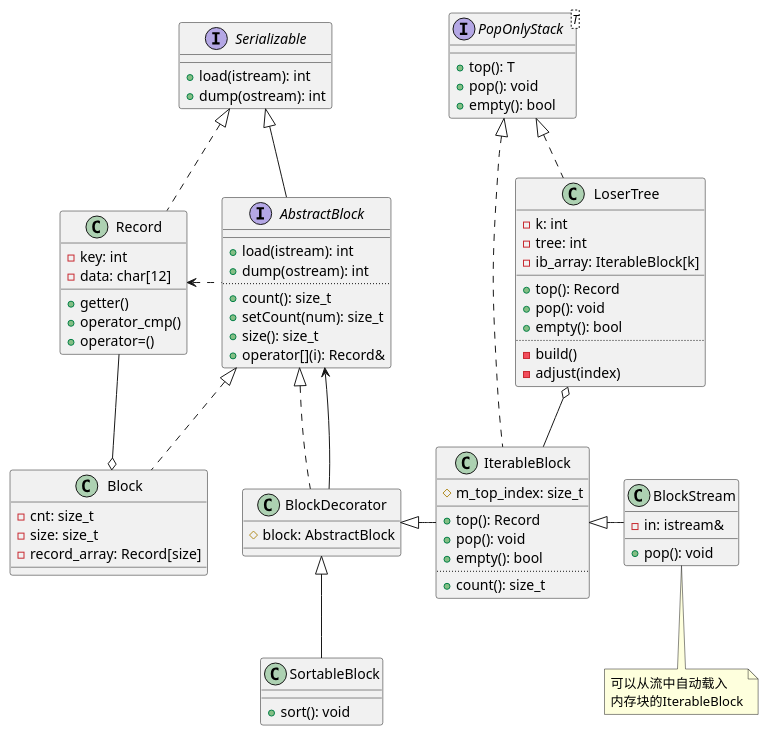
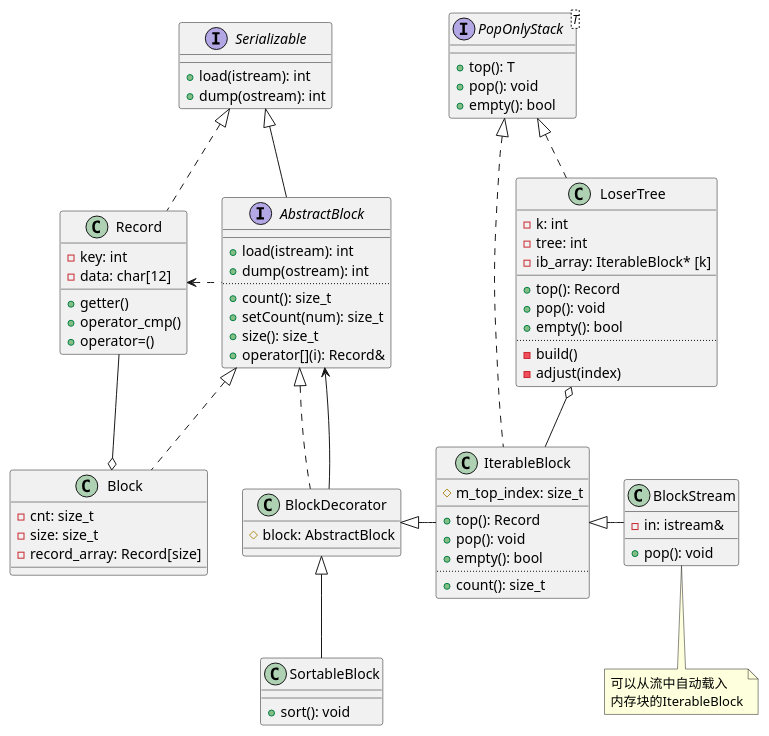
The diagram in docs/ClassDiagram.puml (old6ix/HIT-Database-System-Labs), drawn with PlantUML before and after one commit. The commit also changed 3 other files, not shown here.

```diff
--- a/docs/ClassDiagram.puml
+++ b/docs/ClassDiagram.puml
@@ -1,104 +1,104 @@
 interface Serializable
 {
     +load(istream): int
     +dump(ostream): int
 }
 
 class Record
 {
     -key: int
     -data: char[12]
     +getter()
     +operator_cmp()
     +operator=()
 }
 
 interface AbstractBlock
 {
     __
     +load(istream): int
     +dump(ostream): int
     ..
     +count(): size_t
     +setCount(num): size_t
     +size(): size_t
     +operator[](i): Record&
 }
 
 class Block
 {
     -cnt: size_t
     -size: size_t
     -record_array: Record[size]
 }
 
 class BlockDecorator
 {
     #block: AbstractBlock
 }
 
 class SortableBlock
 {
     +sort(): void
 }
 
 interface PopOnlyStack<T>
 {
     +top(): T
     +pop(): void
     +empty(): bool
 }
 
 class IterableBlock
 {
     #m_top_index: size_t
     __
     +top(): Record
     +pop(): void
     +empty(): bool
     ..
     +count(): size_t
 }
 
 class BlockStream
 {
     -in: istream&
     __
     +pop(): void
 }
 note bottom of BlockStream
     可以从流中自动载入
     内存块的IterableBlock
 endnote
 
 class LoserTree
 {
     -k: int
     -tree: int
-    -ib_array: IterableBlock[k]
+    -ib_array: IterableBlock* [k]
     __
     +top(): Record
     +pop(): void
     +empty(): bool
     ..
     -build()
     -adjust(index)
 }
 
 Serializable <|.. Record
 Serializable <|-- AbstractBlock
 AbstractBlock <|.. BlockDecorator
 AbstractBlock <-- BlockDecorator
 
 BlockDecorator <|-- SortableBlock
 BlockDecorator <|- IterableBlock
 IterableBlock <|- BlockStream
 
 Record <. AbstractBlock
 AbstractBlock <|.. Block
 
 PopOnlyStack <|.. IterableBlock
 PopOnlyStack <|.. LoserTree
 
 Record -o Block
 LoserTree o-- IterableBlock
```
